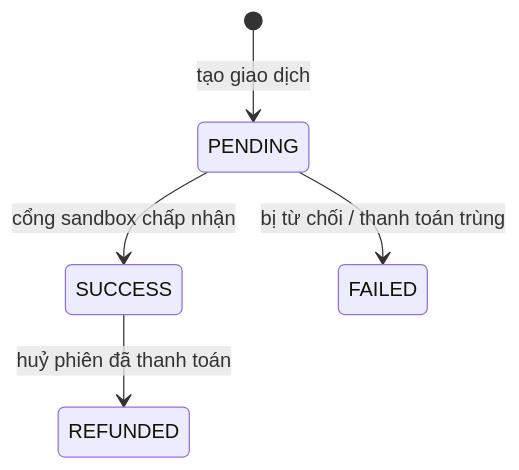
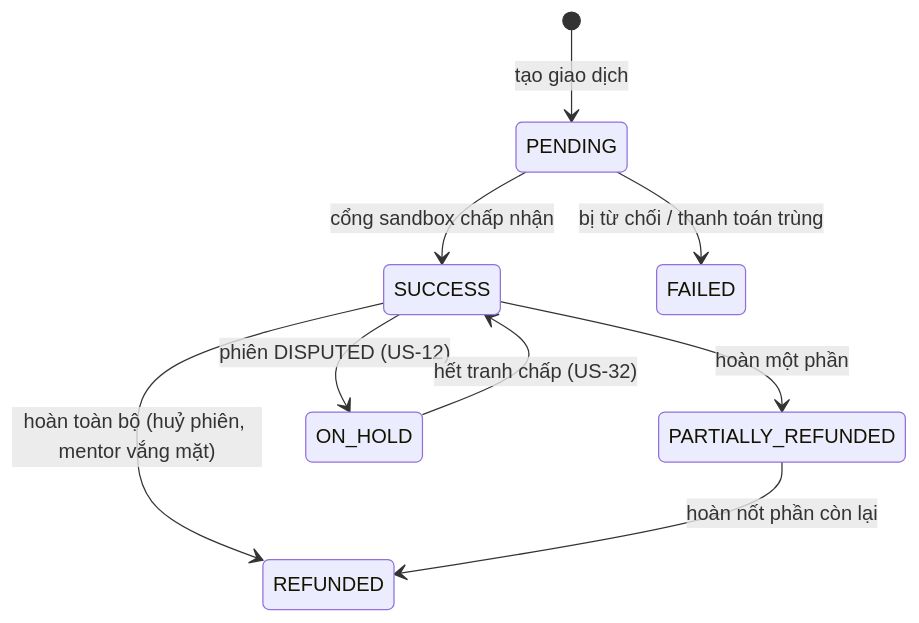
Before and after one commit to quangpham10212004/do_an_2026: the seventh of 8 diagrams in docs/business-domain-mentor-mentee.md, drawn with Mermaid. The commit also changed other lines of this file and 30 other files, not shown here.

````diff
--- a/docs/business-domain-mentor-mentee.md
+++ b/docs/business-domain-mentor-mentee.md
@@ -378,7 +378,11 @@
 ```mermaid
 stateDiagram-v2
     [*] --> PENDING: tạo giao dịch
     PENDING --> SUCCESS: cổng sandbox chấp nhận
     PENDING --> FAILED: bị từ chối / thanh toán trùng
-    SUCCESS --> REFUNDED: huỷ phiên đã thanh toán
+    SUCCESS --> REFUNDED: hoàn toàn bộ (huỷ phiên, mentor vắng mặt)
+    SUCCESS --> PARTIALLY_REFUNDED: hoàn một phần
+    PARTIALLY_REFUNDED --> REFUNDED: hoàn nốt phần còn lại
+    SUCCESS --> ON_HOLD: phiên DISPUTED (US-12)
+    ON_HOLD --> SUCCESS: hết tranh chấp (US-32)
 ```
````
